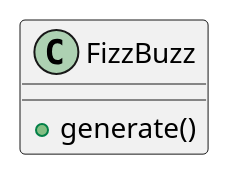
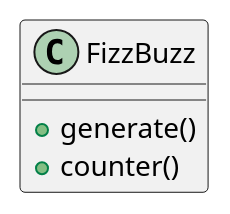
One commit to k2works/ruby_basic_exercises changed the second of 3 diagrams in docs/src/demonstration/index.adoc. Above: the diagram before and after it, drawn with PlantUML. The commit also changed other lines of this file and 7 other files, not shown here.

```diff
--- a/docs/src/demonstration/index.adoc
+++ b/docs/src/demonstration/index.adoc
@@ -32,6 +32,7 @@
 [plantuml]
 ----
 class FizzBuzz {
 + generate()
++ counter()
 }
 ----
```
